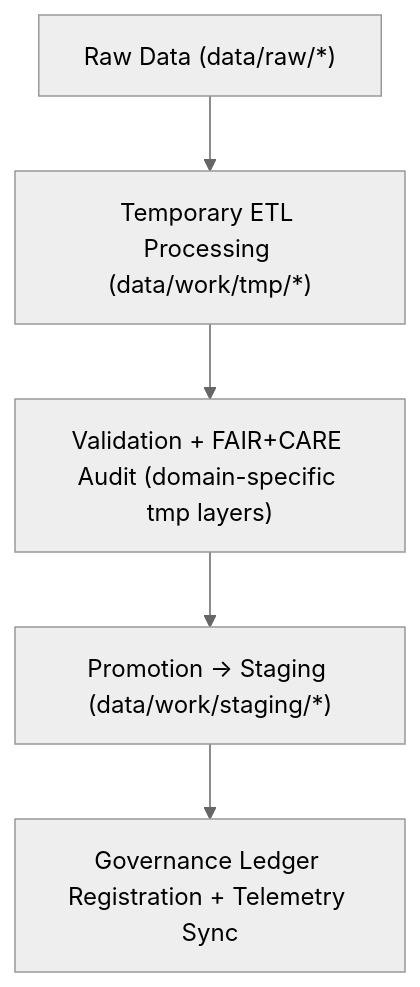
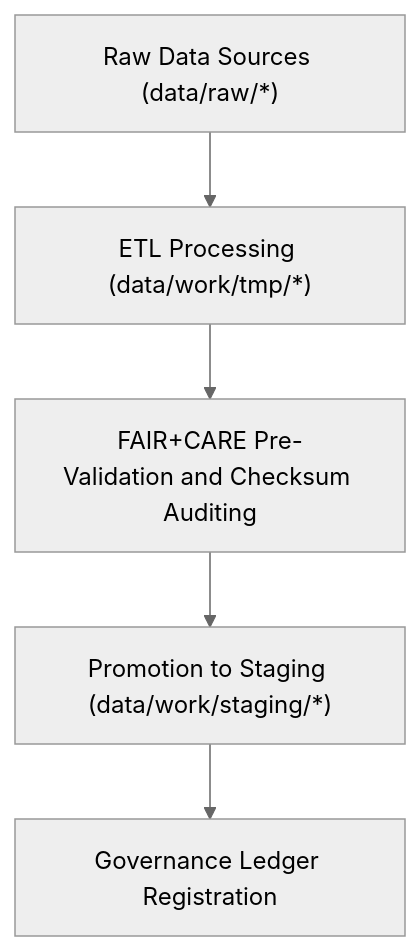
The diagram in data/work/tmp/README.md (bartytime4life/Kansas-Frontier-Matrix), drawn with Mermaid (neutral theme) before and after one commit. The commit also changed other lines of this file, not shown here.

````diff
--- a/data/work/tmp/README.md
+++ b/data/work/tmp/README.md
@@ -72,7 +66,7 @@
 ```mermaid
 flowchart TD
-    A["Raw Data (data/raw/*)"] --> B["Temporary ETL Processing (data/work/tmp/*)"]
-    B --> C["Validation + FAIR+CARE Audit (domain-specific tmp layers)"]
-    C --> D["Promotion → Staging (data/work/staging/*)"]
-    D --> E["Governance Ledger Registration + Telemetry Sync"]
+    A["Raw Data Sources (data/raw/*)"] --> B["ETL Processing (data/work/tmp/*)"]
+    B --> C["FAIR+CARE Pre-Validation and Checksum Auditing"]
+    C --> D["Promotion to Staging (data/work/staging/*)"]
+    D --> E["Governance Ledger Registration"]
 ```
````
